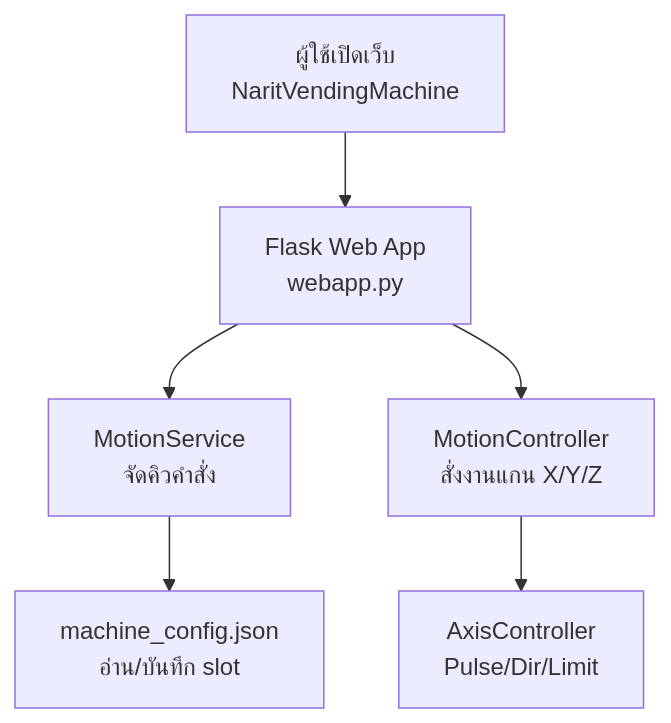
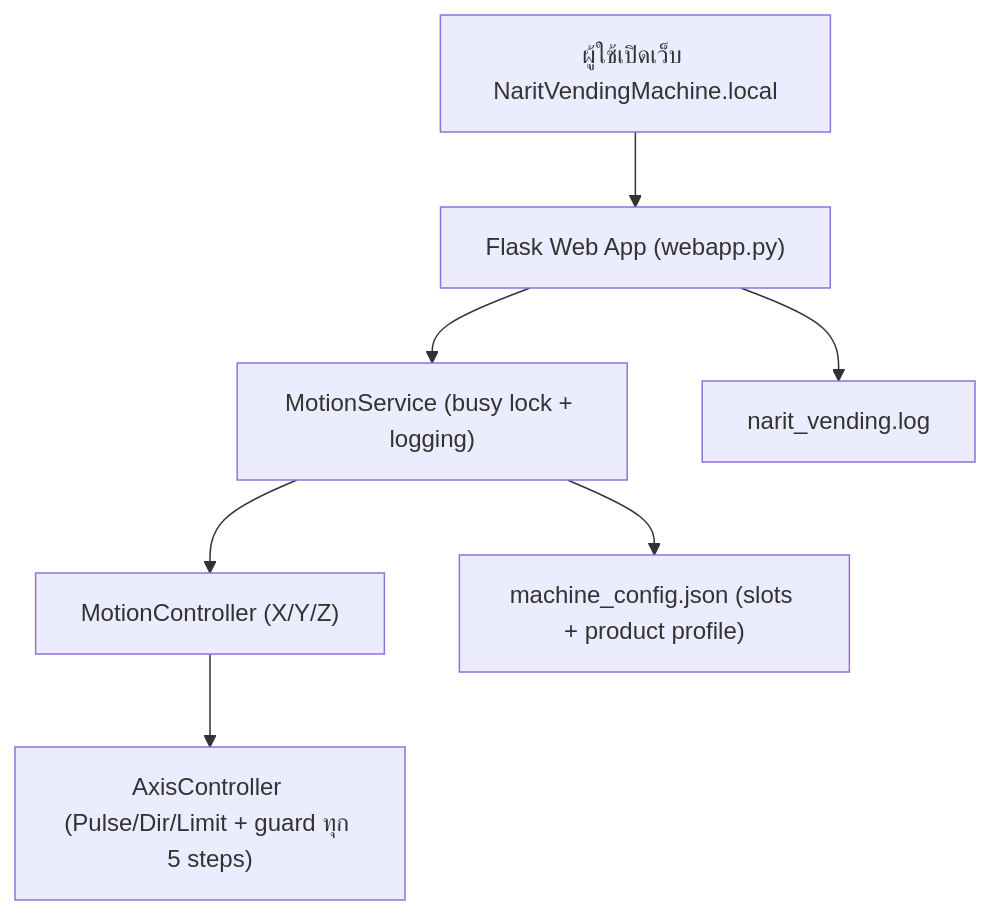
The first of 3 diagrams in ARCHITECTURE_TH.md (prongnaruebest/NaritVendingMachine), drawn with Mermaid before and after one commit. The commit also changed other lines of this file and 18 other files, not shown here.

````diff
--- a/ARCHITECTURE_TH.md
+++ b/ARCHITECTURE_TH.md
@@ -125,8 +302,9 @@
 ```mermaid
 flowchart TD
-    A["ผู้ใช้เปิดเว็บ<br/>NaritVendingMachine"] --> B["Flask Web App<br/>webapp.py"]
-    B --> C["MotionService<br/>จัดคิวคำสั่ง"]
-    B --> D["MotionController<br/>สั่งงานแกน X/Y/Z"]
-    C --> E["machine_config.json<br/>อ่าน/บันทึก slot"]
-    D --> F["AxisController<br/>Pulse/Dir/Limit"]
+    A["ผู้ใช้เปิดเว็บ NaritVendingMachine.local"] --> B["Flask Web App (webapp.py)"]
+    B --> C["MotionService (busy lock + logging)"]
+    C --> D["MotionController (X/Y/Z)"]
+    C --> E["machine_config.json (slots + product profile)"]
+    D --> F["AxisController (Pulse/Dir/Limit + guard ทุก 5 steps)"]
+    B --> G["narit_vending.log"]
 ```
````
